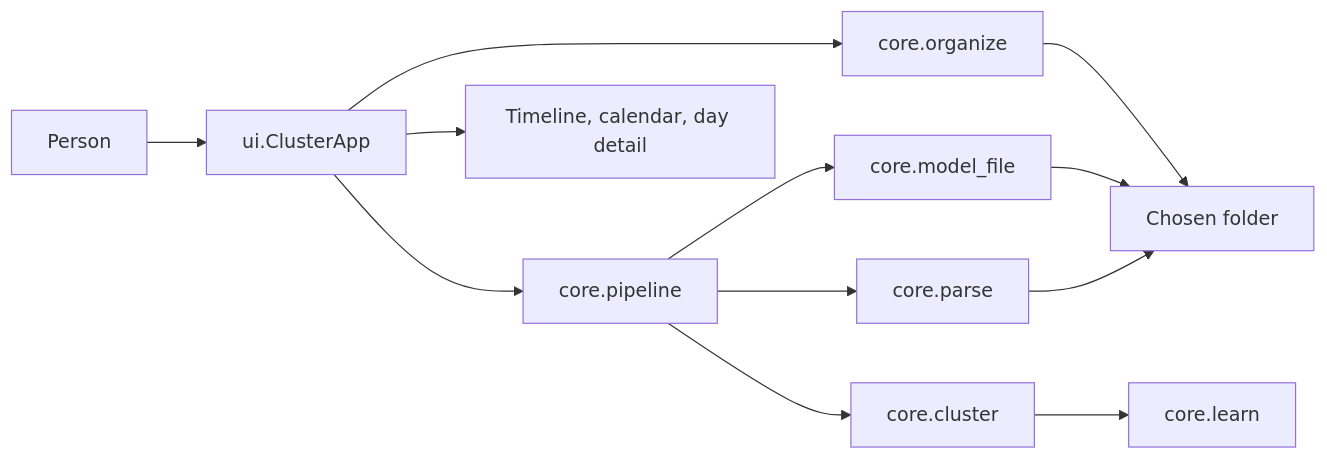
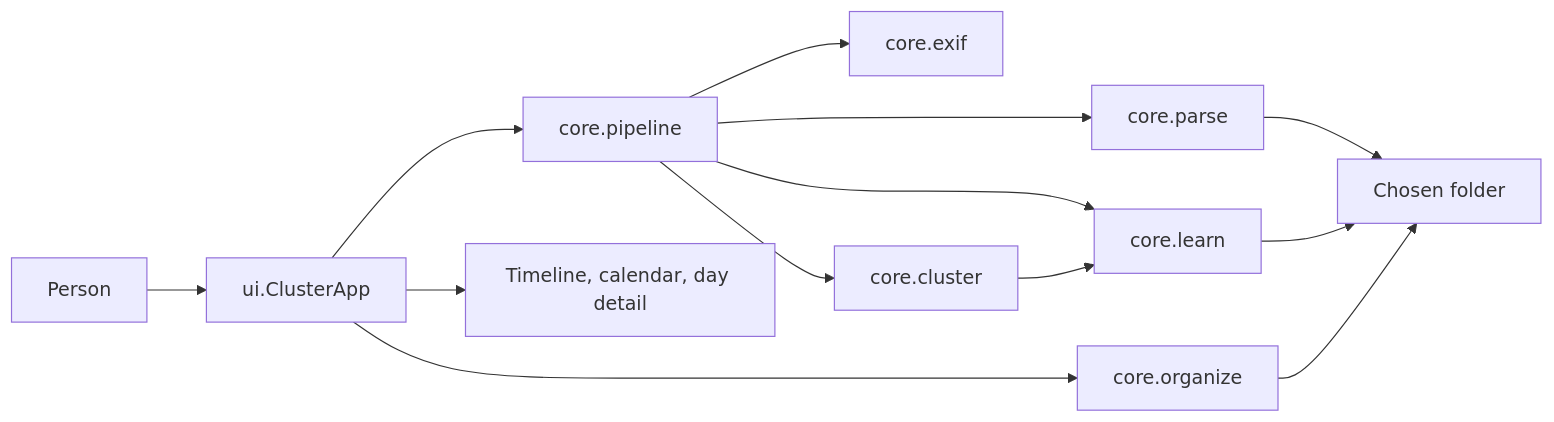
Before and after one commit to rvcgeeks/filenamecluster: the first of 5 diagrams in docs/architecture.md, drawn with Mermaid. The commit also changed other lines of this file and 34 other files, not shown here.

````diff
--- a/docs/architecture.md
+++ b/docs/architecture.md
@@ -13,14 +13,15 @@
 ```mermaid
 flowchart LR
     person["Person"] --> ui["ui.ClusterApp"]
     ui --> pipe["core.pipeline"]
     pipe --> parse["core.parse"]
-    pipe --> model["core.model_file"]
+    pipe --> exif["core.exif"]
     pipe --> cluster["core.cluster"]
-    cluster --> learn["core.learn"]
+    pipe --> learn["core.learn"]
+    cluster --> learn
     ui --> org["core.organize"]
     parse --> folder["Chosen folder"]
-    model --> folder
+    learn --> folder
     org --> folder
     ui --> views["Timeline, calendar, day detail"]
 ```
````
